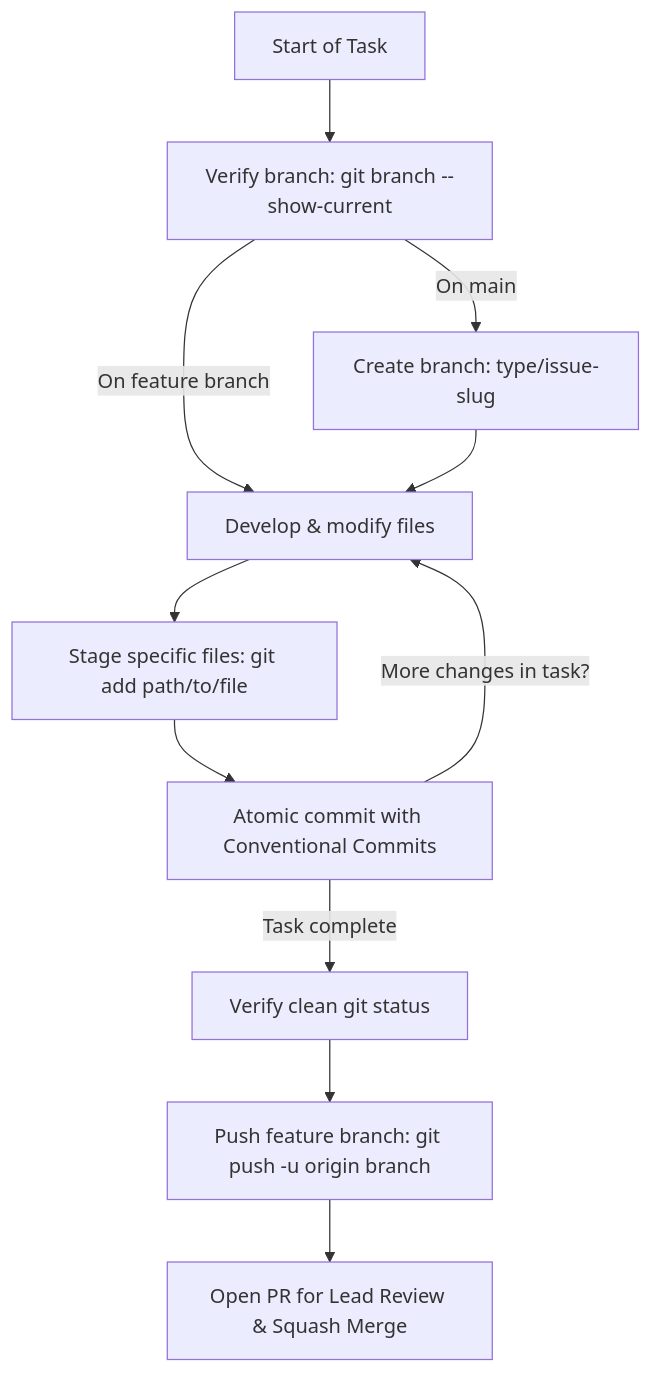
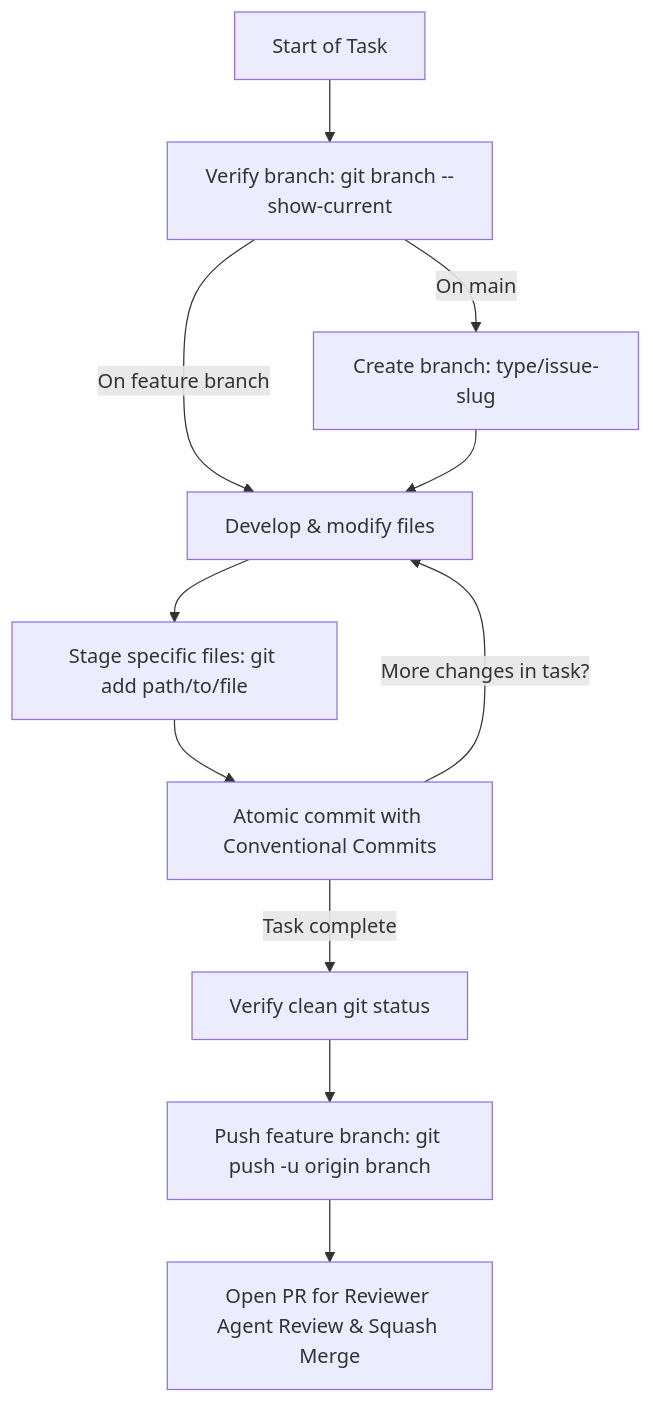
Before and after one commit to aroma-pacifico/aroma-pacifico-terraform-modules: the diagram in .agents/skills/git-agent/SKILL.md, drawn with Mermaid. The commit also changed other lines of this file and 5 other files, not shown here.

````diff
--- a/.agents/skills/git-agent/SKILL.md
+++ b/.agents/skills/git-agent/SKILL.md
@@ -30,13 +30,13 @@
 ```mermaid
 flowchart TD
     A["Start of Task"] --> B["Verify branch: git branch --show-current"]
     B -->|On main| C["Create branch: type/issue-slug"]
     B -->|On feature branch| D["Develop & modify files"]
     C --> D
     D --> E["Stage specific files: git add path/to/file"]
     E --> F["Atomic commit with Conventional Commits"]
     F -->|More changes in task?| D
     F -->|Task complete| G["Verify clean git status"]
     G --> H["Push feature branch: git push -u origin branch"]
-    H --> I["Open PR for Lead Review & Squash Merge"]
+    H --> I["Open PR for Reviewer Agent Review & Squash Merge"]
 ```
````
